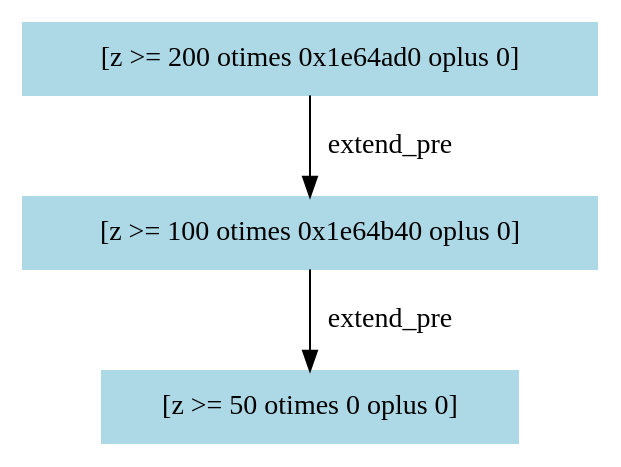
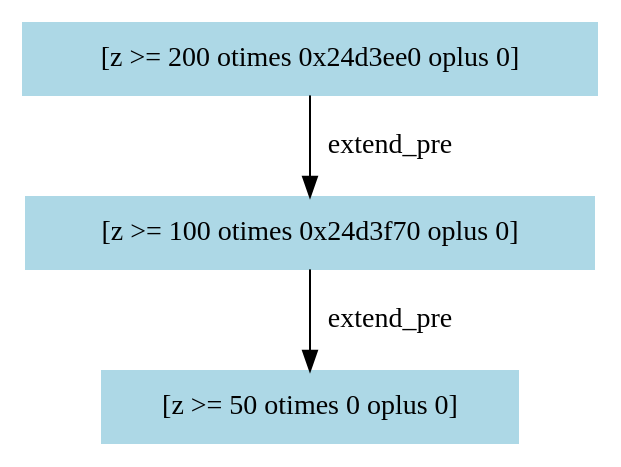
Before and after one commit to RangerBu/st-checker: the diagram in outputs/weights-graphs/12.dot, drawn with Graphviz. The commit also changed 51 other files, not shown here.

```diff
--- a/outputs/weights-graphs/12.dot
+++ b/outputs/weights-graphs/12.dot
@@ -1,7 +1,7 @@
 digraph "[x := 50]" {
-"0x1e64720" [label="[z >= 200 otimes 0x1e64ad0 oplus 0]", color=lightblue,style=filled,shape=box]
-"0x1e64720" -> "0x1e64ad0" [label=extend_pre,color=black]
-"0x1e64ad0" [label="[z >= 100 otimes 0x1e64b40 oplus 0]", color=lightblue,style=filled,shape=box]
-"0x1e64ad0" -> "0x1e64b40" [label=extend_pre,color=black]
-"0x1e64b40" [label="[z >= 50 otimes 0 oplus 0]", color=lightblue,style=filled,shape=box]
+"0x24d3af0" [label="[z >= 200 otimes 0x24d3ee0 oplus 0]", color=lightblue,style=filled,shape=box]
+"0x24d3af0" -> "0x24d3ee0" [label=extend_pre,color=black]
+"0x24d3ee0" [label="[z >= 100 otimes 0x24d3f70 oplus 0]", color=lightblue,style=filled,shape=box]
+"0x24d3ee0" -> "0x24d3f70" [label=extend_pre,color=black]
+"0x24d3f70" [label="[z >= 50 otimes 0 oplus 0]", color=lightblue,style=filled,shape=box]
 }
```
